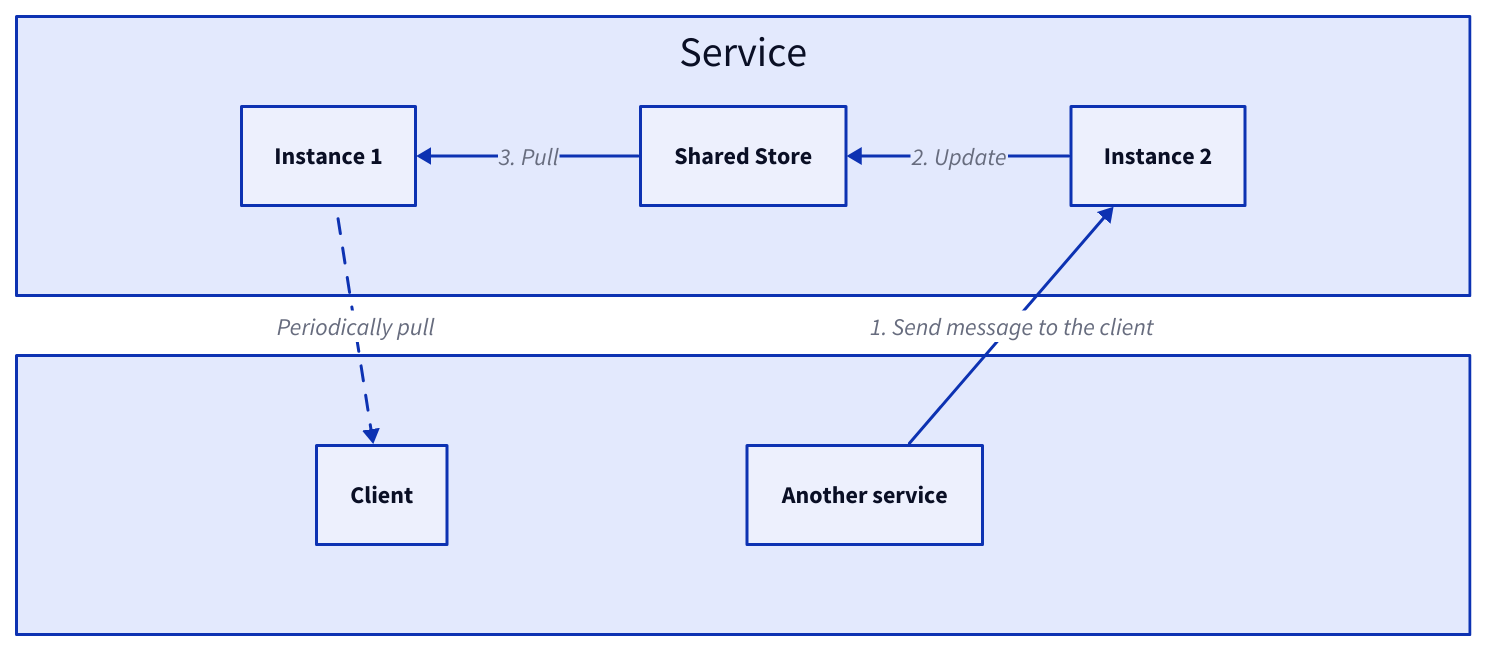
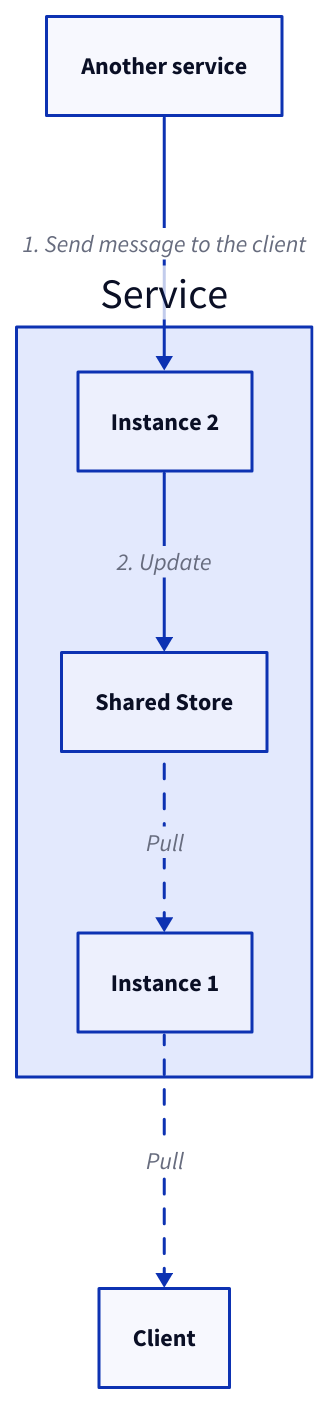
One commit to link1905/system-design-101 changed the fifth of 13 diagrams in content/web-service/communication-protocols/_index.md. Above: the diagram before and after it, drawn with D2. The commit also changed other lines of this file and 13 other files, not shown here.

````diff
--- a/content/web-service/communication-protocols/_index.md
+++ b/content/web-service/communication-protocols/_index.md
@@ -160,35 +158,28 @@
 ```d2
-grid-rows: 2
-
 s: Service {
-  grid-rows: 1
-  horizontal-gap: 150
+  vertical-gap: 100
   i1: Instance 1 {
     class: server
   }
   s: Shared Store {
     class: db
   }
   i2: Instance 2 {
     class: server
   }
-  i1 <- s: 3. Pull
+  i1 <- s: Pull {
+    style.animated: true
+  }
   i2 -> s: 2. Update
 }
-c: "" {
-  class: none
-  grid-rows: 1
-  horizontal-gap: 200
-  c: Client {
-    class: client
-  }
-  o: Another service {
-    class: server
-  }
+c: Client {
+  class: client
 }
-
-c.c <- s.i1: Periodically pull {
+o: Another service {
+  class: server
+}
+c <- s.i1: Pull {
   style.animated: true
 }
-c.o -> s.i2: 1. Send message to the client
+o -> s.i2: 1. Send message to the client
 ```
````
